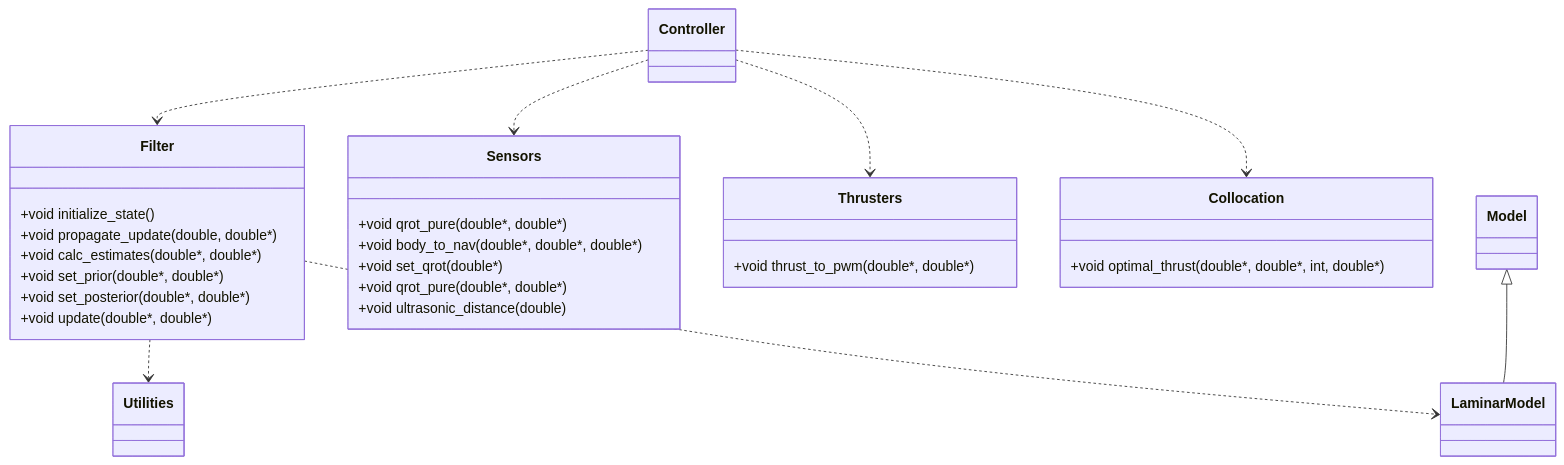
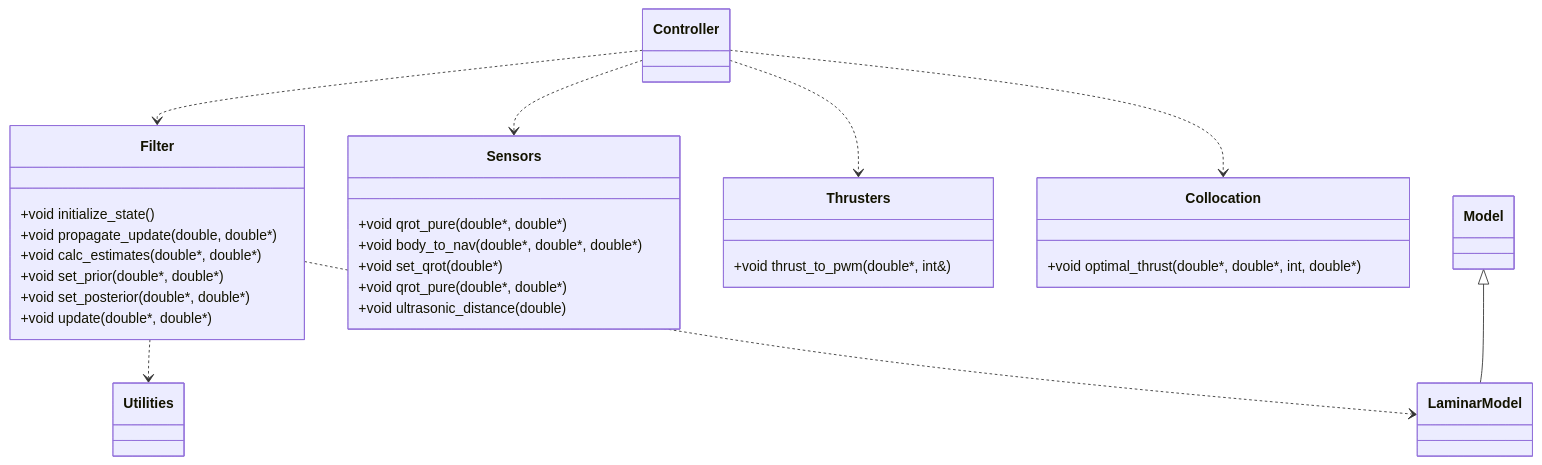
One commit to teichen/stormfin changed the diagram in README.md. Above: the diagram before and after it, drawn with Mermaid. The commit also changed 3 other files, not shown here.

Commit message:
thrust to pwm

````diff
--- a/README.md
+++ b/README.md
@@ -21,23 +21,23 @@
 ```mermaid
 classDiagram
     Controller ..> Filter
     Controller ..> Sensors
     Controller ..> Thrusters
     Controller ..> Collocation
     Filter ..> Utilities
     Filter ..> LaminarModel
     Model <|-- LaminarModel
     Filter : +void initialize_state()
     Filter : +void propagate_update(double, double*)
     Filter : +void calc_estimates(double*, double*)
     Filter : +void set_prior(double*, double*)
     Filter : +void set_posterior(double*, double*)
     Filter : +void update(double*, double*)
     Sensors : +void qrot_pure(double*, double*)
     Sensors : +void body_to_nav(double*, double*, double*)
     Sensors : +void set_qrot(double*)
     Sensors : +void qrot_pure(double*, double*)
     Sensors : +void ultrasonic_distance(double)
-    Thrusters : +void thrust_to_pwm(double*, double*)
+    Thrusters : +void thrust_to_pwm(double*, int&)
     Collocation : +void optimal_thrust(double*, double*, int, double*)
 ```
````
